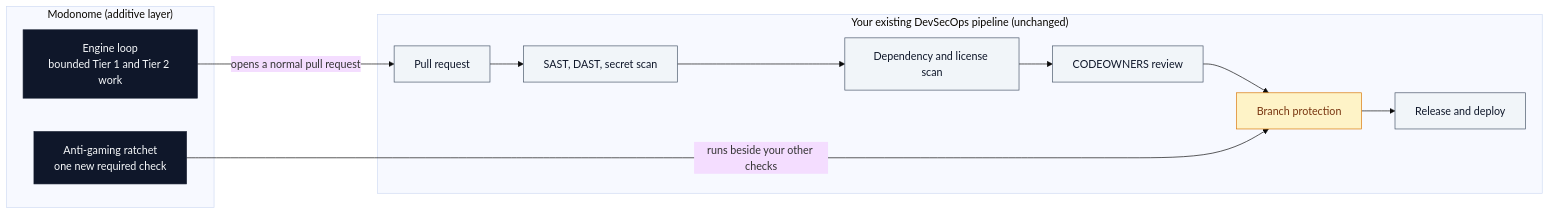
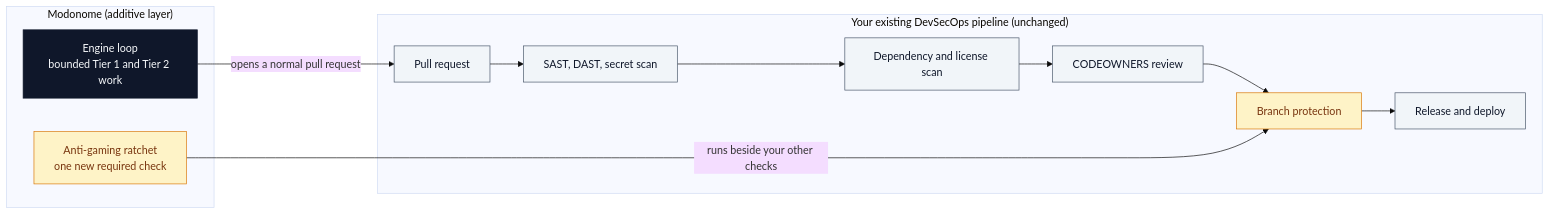
Before and after one commit to enumind/modonome: the fourth of 6 diagrams in ARCHITECTURE.md, drawn with Mermaid (base theme). The commit also changed other lines of this file and 36 other files, not shown here.

````diff
--- a/ARCHITECTURE.md
+++ b/ARCHITECTURE.md
@@ -228,28 +263,29 @@
 ```mermaid
 flowchart LR
   classDef mod fill:#0f172a,stroke:#0f172a,color:#f8fafc;
   classDef pipe fill:#f1f5f9,stroke:#475569,color:#0f172a;
   classDef gate fill:#fef3c7,stroke:#d97706,color:#78350f;
 
   subgraph MOD["Modonome (additive layer)"]
     eng["Engine loop<br/>bounded Tier 1 and Tier 2 work"]
     rat["Anti-gaming ratchet<br/>one new required check"]
   end
 
   subgraph PIPE["Your existing DevSecOps pipeline (unchanged)"]
     pr["Pull request"]
     scan["SAST, DAST, secret scan"]
     dep["Dependency and license scan"]
     own["CODEOWNERS review"]
     bp["Branch protection"]
     rel["Release and deploy"]
   end
 
   eng -->|opens a normal pull request| pr
   pr --> scan --> dep --> own --> bp --> rel
   rat -->|runs beside your other checks| bp
 
-  class eng,rat mod
+  class eng mod
   class pr,scan,dep,own,rel pipe
+  class rat,bp gate
   class bp gate
 ```
````
